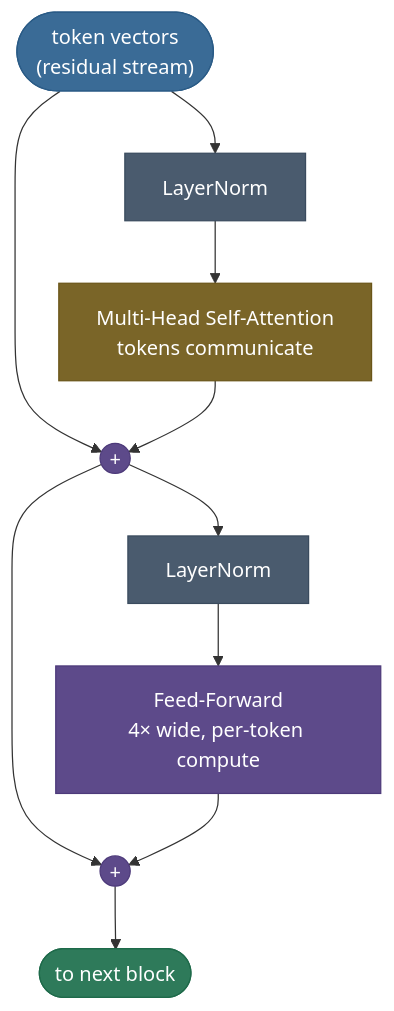
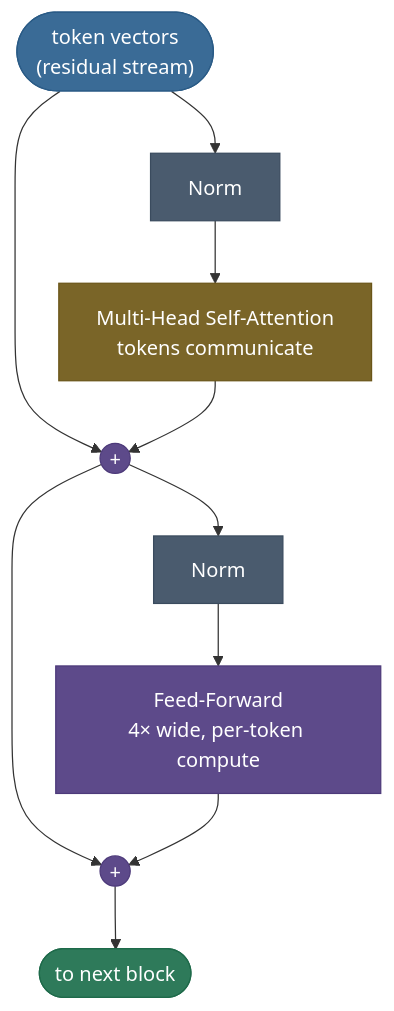
Before and after one commit to sudhir13s/AI-ML-learning-resources: the second of 4 diagrams in 05. Deep_Learning/concepts/16-Transformer-Architecture.md, drawn with Mermaid. The commit also changed other lines of this file and 1 other file, not shown here.

````diff
--- a/05. Deep_Learning/concepts/16-Transformer-Architecture.md
+++ b/05. Deep_Learning/concepts/16-Transformer-Architecture.md
@@ -75,18 +80,18 @@
 ```mermaid
 graph TD
     IN(["token vectors<br/>(residual stream)"]):::data --> R1(("+")):::process
-    IN --> L1["LayerNorm"]:::frozen
+    IN --> L1["Norm"]:::frozen
     L1 --> MHA["Multi-Head Self-Attention<br/>tokens communicate"]:::amber
     MHA --> R1
     R1 --> R2(("+")):::process
-    R1 --> L2["LayerNorm"]:::frozen
+    R1 --> L2["Norm"]:::frozen
     L2 --> FFN["Feed-Forward<br/>4× wide, per-token compute"]:::process
     FFN --> R2
     R2 --> OUT(["to next block"]):::out
 
     classDef data fill:#3A6B96,stroke:#2A5B86,color:#fff
     classDef process fill:#5D4A8A,stroke:#4D3A7A,color:#fff
     classDef frozen fill:#4A5B6E,stroke:#3A4B5E,color:#fff
     classDef amber fill:#7A6528,stroke:#6A5518,color:#fff
     classDef out fill:#2E7A5A,stroke:#1E6A4A,color:#fff
 ```
````
